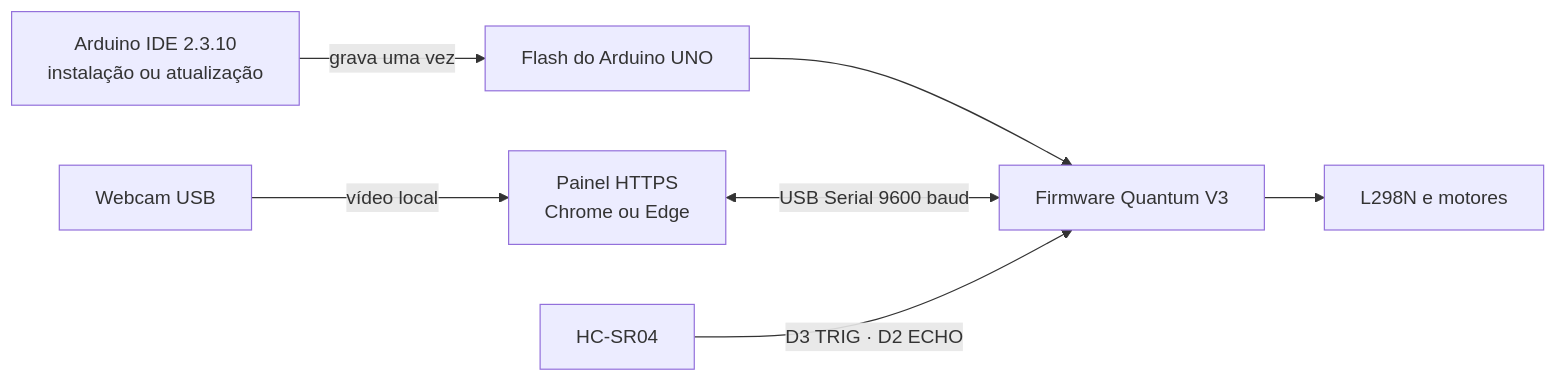
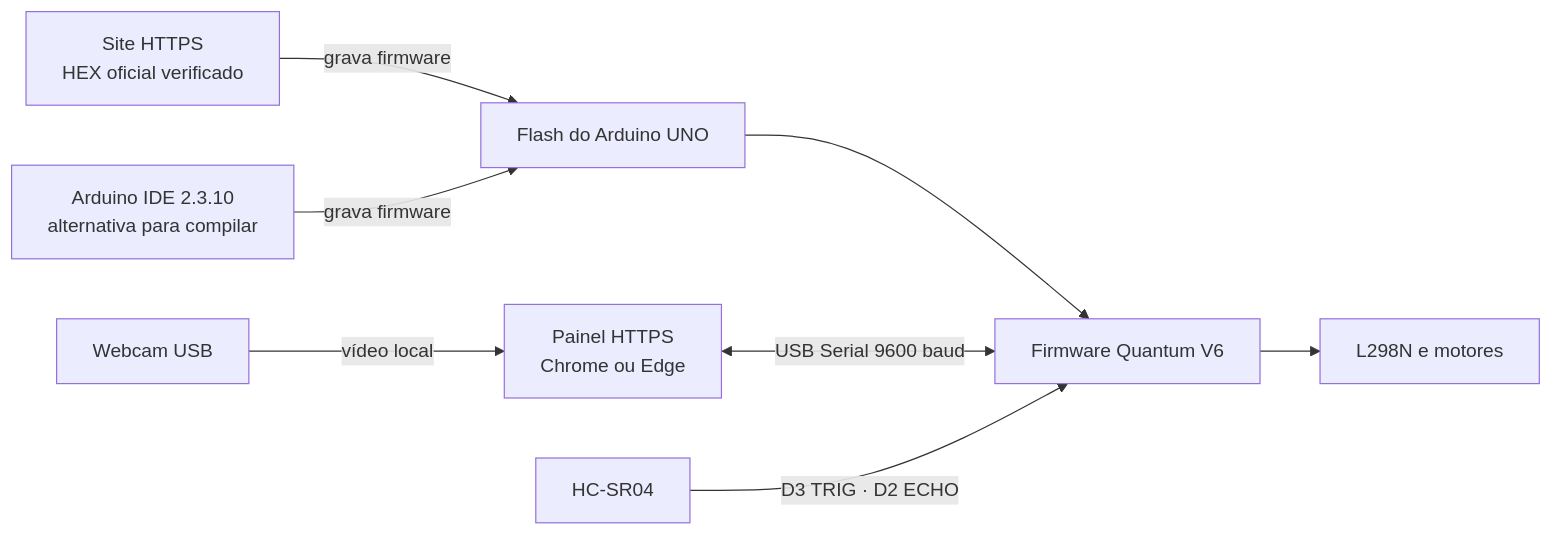
One commit to jgouveaf/FECART changed the diagram in docs/GUIA_TECNICO_ARDUINO_SITE.md. Above: the diagram before and after it, drawn with Mermaid. The commit also changed other lines of this file and 26 other files, not shown here.

````diff
--- a/docs/GUIA_TECNICO_ARDUINO_SITE.md
+++ b/docs/GUIA_TECNICO_ARDUINO_SITE.md
@@ -18,9 +19,10 @@
 ```mermaid
 flowchart LR
-    IDE[Arduino IDE 2.3.10<br>instalação ou atualização] -->|grava uma vez| FLASH[Flash do Arduino UNO]
-    FLASH --> FW[Firmware Quantum V3]
+    SITEHEX[Site HTTPS<br>HEX oficial verificado] -->|grava firmware| FLASH[Flash do Arduino UNO]
+    IDE[Arduino IDE 2.3.10<br>alternativa para compilar] -->|grava firmware| FLASH
+    FLASH --> FW[Firmware Quantum V6]
     SITE[Painel HTTPS<br>Chrome ou Edge] <-->|USB Serial 9600 baud| FW
     FW --> L298N[L298N e motores]
     HCSR04[HC-SR04] -->|D3 TRIG · D2 ECHO| FW
     CAMERA[Webcam USB] -->|vídeo local| SITE
 ```
````
